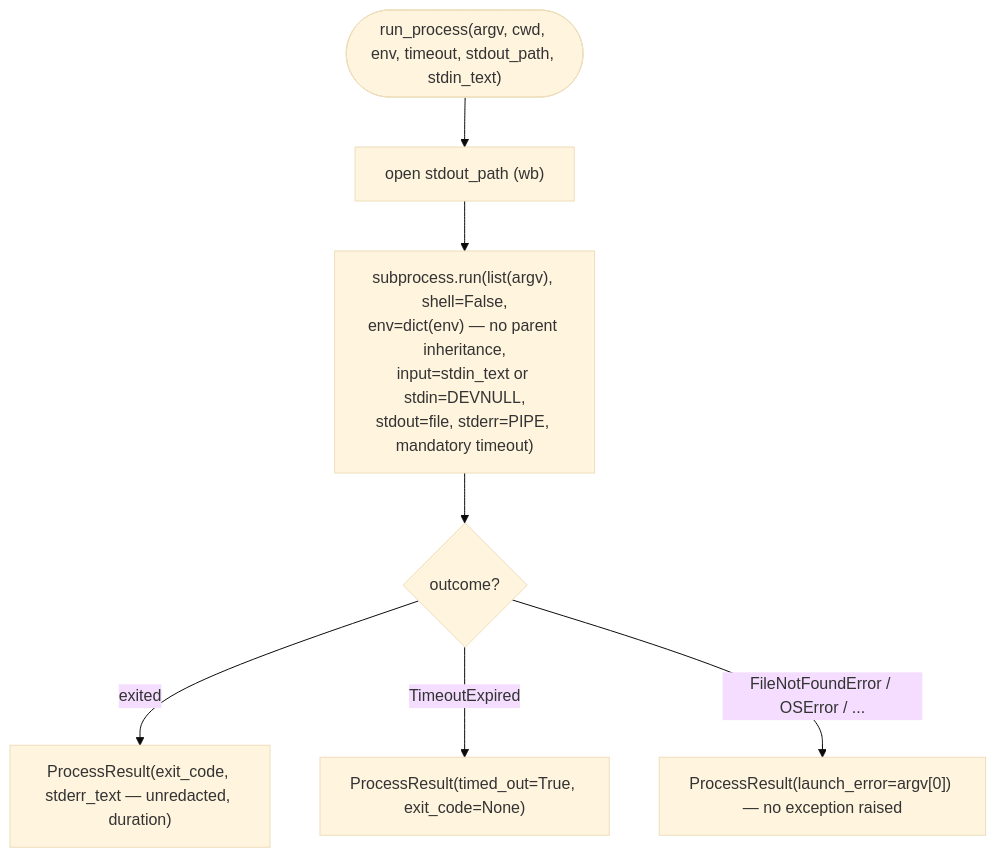
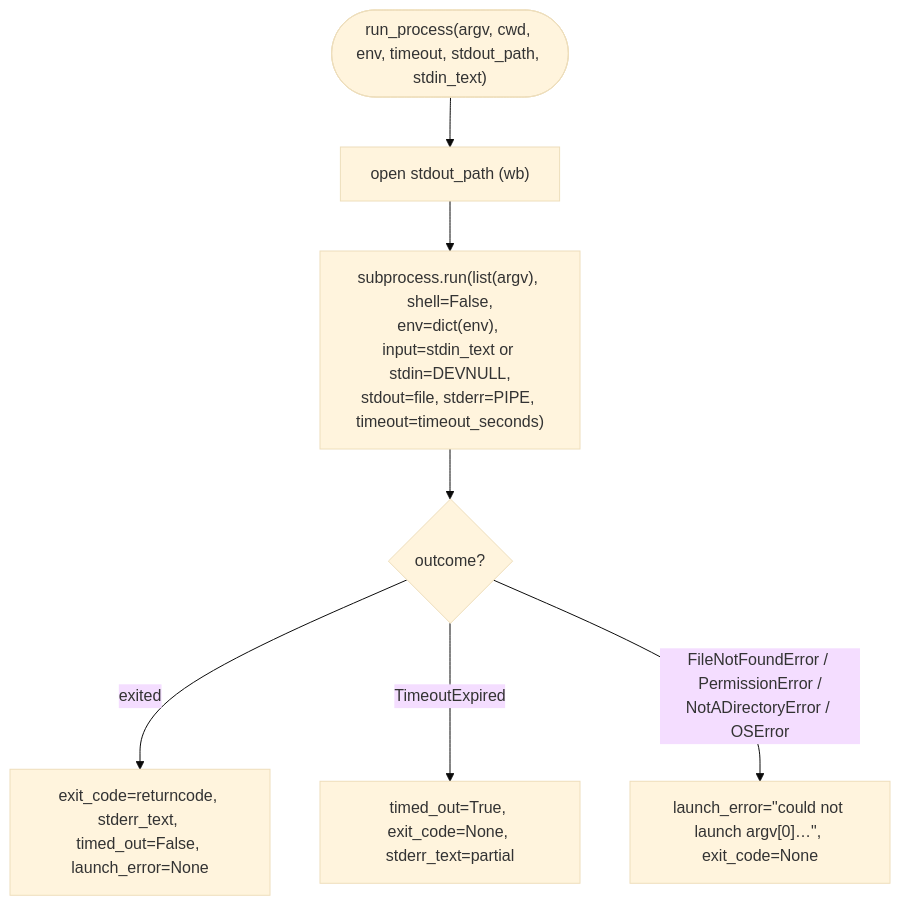
One commit to VladimirMakarevich/wastech-orchestrator changed the diagram in docs/functional/blocks/B19-subprocess-runner.md. Above: the diagram before and after it, drawn with Mermaid (base theme). The commit also changed other lines of this file and 39 other files, not shown here.

First line of the commit message:
docs: Add detailed documentation for new flows and components

````diff
--- a/docs/functional/blocks/B19-subprocess-runner.md
+++ b/docs/functional/blocks/B19-subprocess-runner.md
@@ -47,9 +35,9 @@
 ```mermaid
 flowchart TB
-    start(["run_process(argv, cwd, env, timeout, stdout_path, stdin_text)"]) --> open["open stdout_path (wb)"]
-    open --> run["subprocess.run(list(argv), shell=False,<br/>env=dict(env) — no parent inheritance,<br/>input=stdin_text or stdin=DEVNULL,<br/>stdout=file, stderr=PIPE, mandatory timeout)"]
-    run --> r{"outcome?"}
-    r -->|"exited"| ok["ProcessResult(exit_code, stderr_text — unredacted, duration)"]
-    r -->|"TimeoutExpired"| to["ProcessResult(timed_out=True, exit_code=None)"]
-    r -->|"FileNotFoundError / OSError / ..."| le["ProcessResult(launch_error=argv[0]) — no exception raised"]
+  s(["run_process(argv, cwd, env, timeout, stdout_path, stdin_text)"]) --> open["open stdout_path (wb)"]
+  open --> run["subprocess.run(list(argv), shell=False,<br/>env=dict(env), input=stdin_text or stdin=DEVNULL,<br/>stdout=file, stderr=PIPE, timeout=timeout_seconds)"]
+  run --> r{"outcome?"}
+  r -->|"exited"| ok["exit_code=returncode, stderr_text, timed_out=False, launch_error=None"]
+  r -->|"TimeoutExpired"| to["timed_out=True, exit_code=None, stderr_text=partial"]
+  r -->|"FileNotFoundError / PermissionError /<br/>NotADirectoryError / OSError"| le["launch_error=&quot;could not launch argv[0]…&quot;, exit_code=None"]
 ```
````
